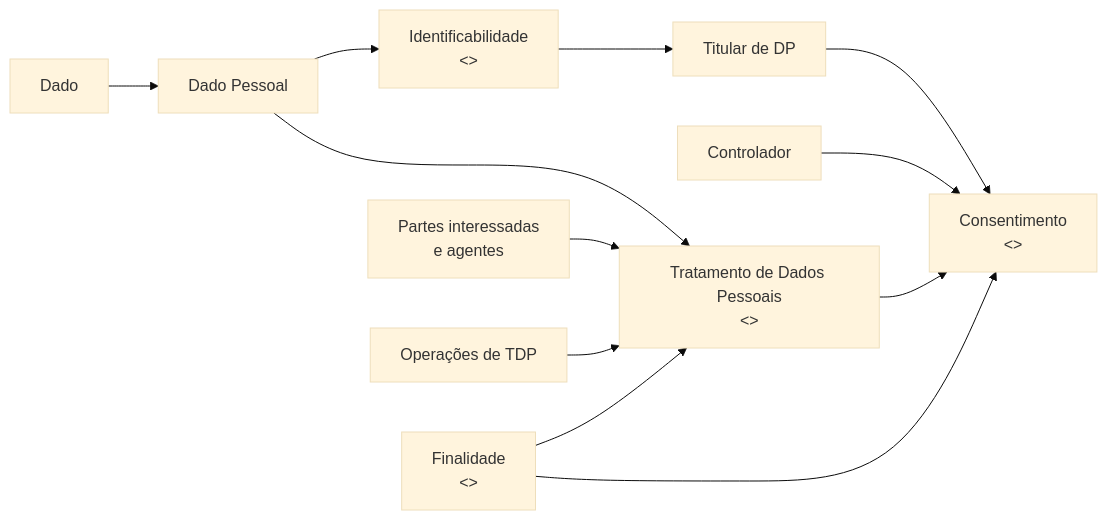
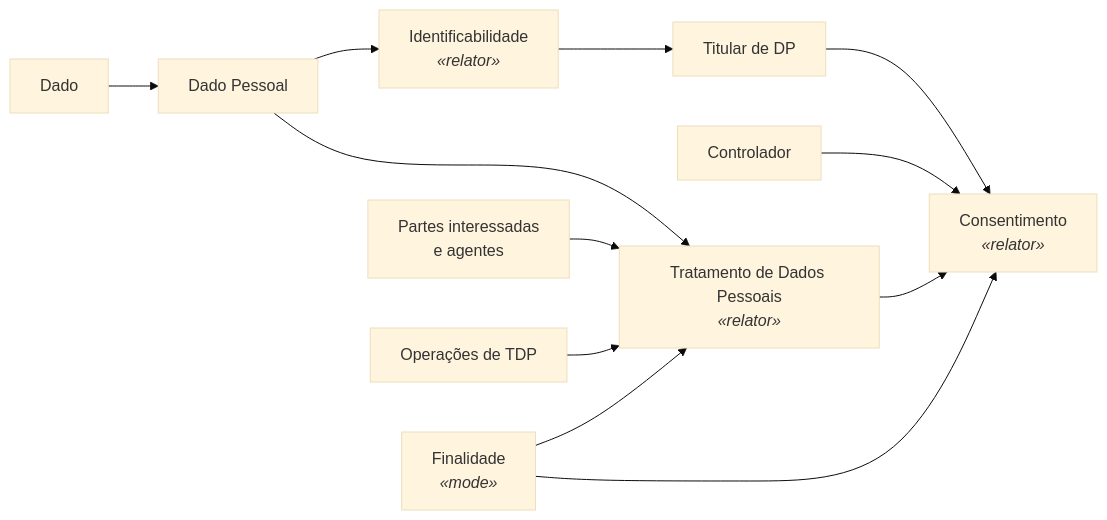
One commit to TNK443/Dissertacao changed the first of 3 diagrams in ONTOPRIVACY/README.md. Above: the diagram before and after it, drawn with Mermaid (base theme). The commit also changed other lines of this file, not shown here.

````diff
--- a/ONTOPRIVACY/README.md
+++ b/ONTOPRIVACY/README.md
@@ -78,14 +78,14 @@
 ```mermaid
 flowchart LR
     D["Dado"] --> DP["Dado Pessoal"]
-    DP --> I["Identificabilidade\n<<relator>>"]
+    DP --> I["Identificabilidade\n<i>«relator»</i>"]
     I --> T["Titular de DP"]
-    DP --> TDP["Tratamento de Dados Pessoais\n<<relator>>"]
+    DP --> TDP["Tratamento de Dados Pessoais\n<i>«relator»</i>"]
     P["Partes interessadas\ne agentes"] --> TDP
     O["Operações de TDP"] --> TDP
-    F["Finalidade\n<<mode>>"] --> TDP
-    T --> C["Consentimento\n<<relator>>"]
+    F["Finalidade\n<i>«mode»</i>"] --> TDP
+    T --> C["Consentimento\n<i>«relator»</i>"]
     CTRL["Controlador"] --> C
     TDP --> C
     F --> C
 ```
````
